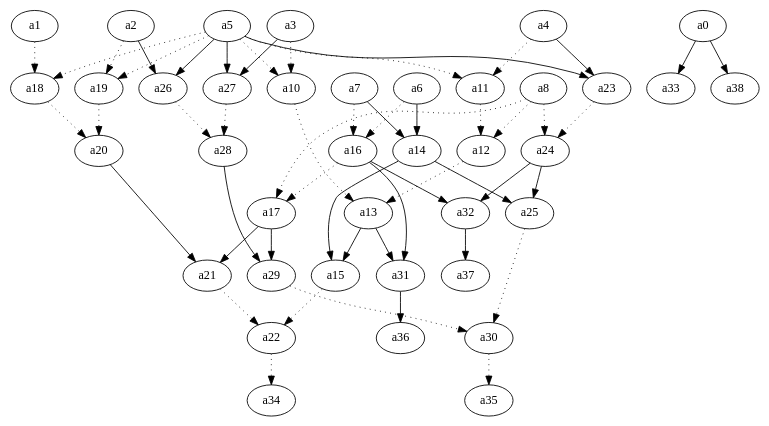
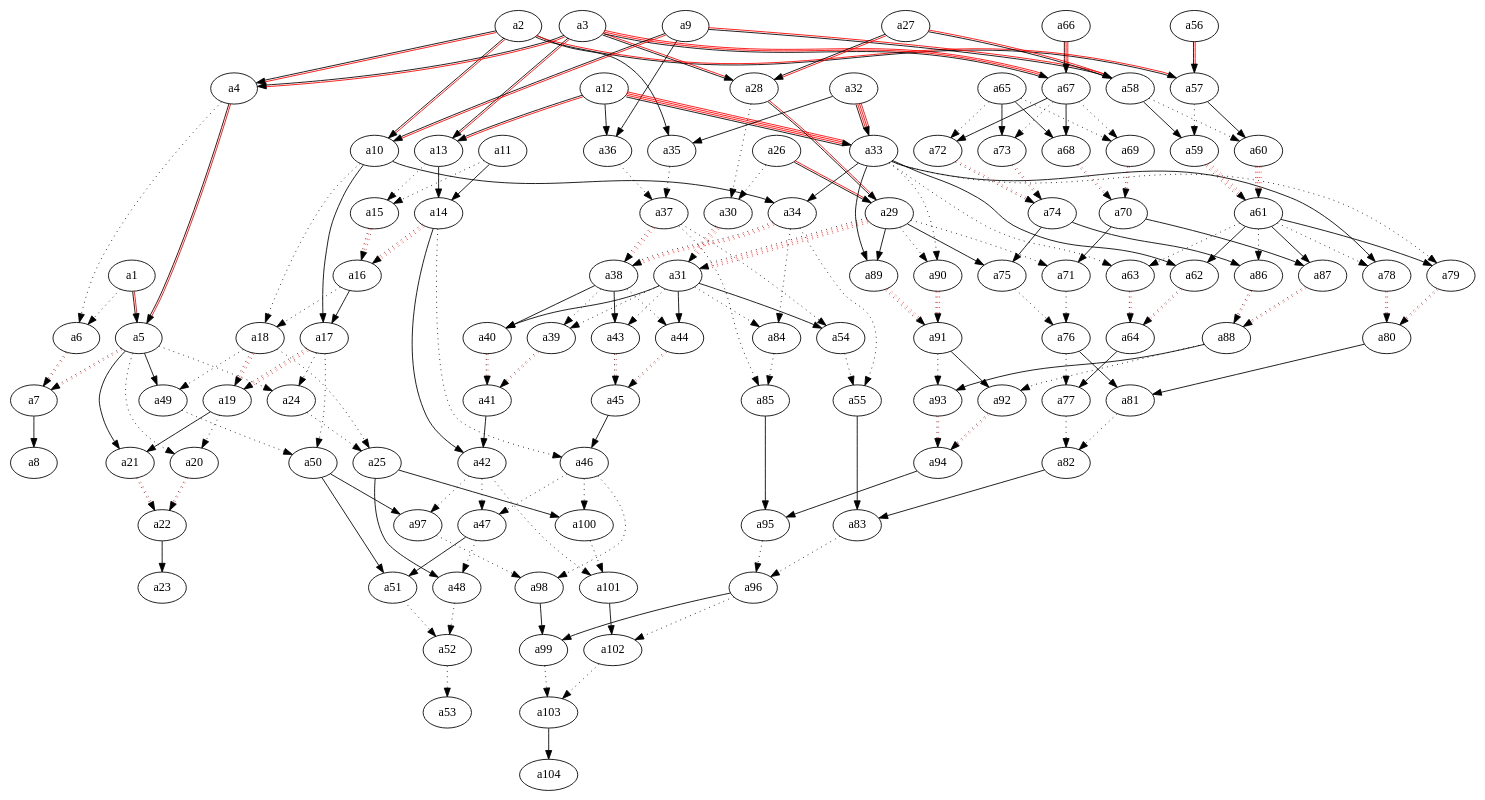
One commit to gordon0813/LSV-PA changed the diagram in test.dot. Above: the diagram before and after it, drawn with Graphviz. The commit also changed 1266 other files, not shown here.

```diff
--- a/test.dot
+++ b/test.dot
@@ -1,54 +1,182 @@
 digraph G1 {
- a3 ->  a10[ label=""  ,style=dotted,color= "black"];
- a5 ->  a10[ label=""  ,style=dotted,color= "black"];
- a4 ->  a11[ label=""  ,style=dotted,color= "black"];
- a5 ->  a11[ label=""  ,style=dotted,color= "black"];
- a8 ->  a12[ label=""  ,style=dotted,color= "black"];
- a11 ->  a12[ label=""  ,style=dotted,color= "black"];
- a10 ->  a13[ label=""  ,style=dotted,color= "black"];
- a12 ->  a13[ label=""  ,style=dotted,color= "black"];
- a6 ->  a14[ label="" ,color= "black"];
- a7 ->  a14[ label="" ,color= "black"];
- a13 ->  a15[ label="" ,color= "black"];
- a14 ->  a15[ label="" ,color= "black"];
- a6 ->  a16[ label=""  ,style=dotted,color= "black"];
- a7 ->  a16[ label=""  ,style=dotted,color= "black"];
- a8 ->  a17[ label=""  ,style=dotted,color= "black"];
- a16 ->  a17[ label=""  ,style=dotted,color= "black"];
- a1 ->  a18[ label=""  ,style=dotted,color= "black"];
- a5 ->  a18[ label=""  ,style=dotted,color= "black"];
- a2 ->  a19[ label=""  ,style=dotted,color= "black"];
- a5 ->  a19[ label=""  ,style=dotted,color= "black"];
- a18 ->  a20[ label=""  ,style=dotted,color= "black"];
+ a2 ->  a4[ label="" ,color= "black:red"];
+ a3 ->  a4[ label="" ,color= "black:red"];
+ a1 ->  a5[ label="" ,color= "black:red"];
+ a4 ->  a5[ label="" ,color= "black:red"];
+ a1 ->  a6[ label=""  ,style=dotted,color= "black"];
+ a4 ->  a6[ label=""  ,style=dotted,color= "black"];
+ a5 ->  a7[ label=""  ,style=dotted,color= "black:red"];
+ a6 ->  a7[ label=""  ,style=dotted,color= "black:red"];
+ a7 ->  a8[ label="" ,color= "black"];
+ a2 ->  a10[ label="" ,color= "black:red"];
+ a9 ->  a10[ label="" ,color= "black:red"];
+ a3 ->  a13[ label="" ,color= "black:red"];
+ a12 ->  a13[ label="" ,color= "black:red"];
+ a11 ->  a14[ label="" ,color= "black"];
+ a13 ->  a14[ label="" ,color= "black"];
+ a11 ->  a15[ label=""  ,style=dotted,color= "black"];
+ a13 ->  a15[ label=""  ,style=dotted,color= "black"];
+ a14 ->  a16[ label=""  ,style=dotted,color= "black:red:red"];
+ a15 ->  a16[ label=""  ,style=dotted,color= "black:red:red"];
+ a10 ->  a17[ label="" ,color= "black"];
+ a16 ->  a17[ label="" ,color= "black"];
+ a10 ->  a18[ label=""  ,style=dotted,color= "black"];
+ a16 ->  a18[ label=""  ,style=dotted,color= "black"];
+ a17 ->  a19[ label=""  ,style=dotted,color= "black:red:red"];
+ a18 ->  a19[ label=""  ,style=dotted,color= "black:red:red"];
+ a5 ->  a20[ label=""  ,style=dotted,color= "black"];
  a19 ->  a20[ label=""  ,style=dotted,color= "black"];
- a17 ->  a21[ label="" ,color= "black"];
- a20 ->  a21[ label="" ,color= "black"];
- a15 ->  a22[ label=""  ,style=dotted,color= "black"];
- a21 ->  a22[ label=""  ,style=dotted,color= "black"];
- a4 ->  a23[ label="" ,color= "black"];
- a5 ->  a23[ label="" ,color= "black"];
- a8 ->  a24[ label=""  ,style=dotted,color= "black"];
- a23 ->  a24[ label=""  ,style=dotted,color= "black"];
- a14 ->  a25[ label="" ,color= "black"];
- a24 ->  a25[ label="" ,color= "black"];
- a2 ->  a26[ label="" ,color= "black"];
- a5 ->  a26[ label="" ,color= "black"];
- a3 ->  a27[ label="" ,color= "black"];
- a5 ->  a27[ label="" ,color= "black"];
- a26 ->  a28[ label=""  ,style=dotted,color= "black"];
- a27 ->  a28[ label=""  ,style=dotted,color= "black"];
- a17 ->  a29[ label="" ,color= "black"];
- a28 ->  a29[ label="" ,color= "black"];
- a25 ->  a30[ label=""  ,style=dotted,color= "black"];
- a29 ->  a30[ label=""  ,style=dotted,color= "black"];
- a13 ->  a31[ label="" ,color= "black"];
- a16 ->  a31[ label="" ,color= "black"];
- a16 ->  a32[ label="" ,color= "black"];
- a24 ->  a32[ label="" ,color= "black"];
- a0 ->  a33[ label="" ,color= "black"];
- a22 ->  a34[ label=""  ,style=dotted,color= "black"];
- a30 ->  a35[ label=""  ,style=dotted,color= "black"];
- a31 ->  a36[ label="" ,color= "black"];
- a32 ->  a37[ label="" ,color= "black"];
- a0 ->  a38[ label="" ,color= "black"];
+ a5 ->  a21[ label="" ,color= "black"];
+ a19 ->  a21[ label="" ,color= "black"];
+ a20 ->  a22[ label=""  ,style=dotted,color= "black:red"];
+ a21 ->  a22[ label=""  ,style=dotted,color= "black:red"];
+ a22 ->  a23[ label="" ,color= "black"];
+ a5 ->  a24[ label=""  ,style=dotted,color= "black"];
+ a17 ->  a24[ label=""  ,style=dotted,color= "black"];
+ a18 ->  a25[ label=""  ,style=dotted,color= "black"];
+ a24 ->  a25[ label=""  ,style=dotted,color= "black"];
+ a3 ->  a28[ label="" ,color= "black:red"];
+ a27 ->  a28[ label="" ,color= "black:red"];
+ a26 ->  a29[ label="" ,color= "black:red"];
+ a28 ->  a29[ label="" ,color= "black:red"];
+ a26 ->  a30[ label=""  ,style=dotted,color= "black"];
+ a28 ->  a30[ label=""  ,style=dotted,color= "black"];
+ a29 ->  a31[ label=""  ,style=dotted,color= "black:red:red:red"];
+ a30 ->  a31[ label=""  ,style=dotted,color= "black:red:red:red"];
+ a12 ->  a33[ label="" ,color= "black:red:red:red"];
+ a32 ->  a33[ label="" ,color= "black:red:red:red"];
+ a10 ->  a34[ label="" ,color= "black"];
+ a33 ->  a34[ label="" ,color= "black"];
+ a2 ->  a35[ label="" ,color= "black"];
+ a32 ->  a35[ label="" ,color= "black"];
+ a9 ->  a36[ label="" ,color= "black"];
+ a12 ->  a36[ label="" ,color= "black"];
+ a35 ->  a37[ label=""  ,style=dotted,color= "black"];
+ a36 ->  a37[ label=""  ,style=dotted,color= "black"];
+ a34 ->  a38[ label=""  ,style=dotted,color= "black:red:red"];
+ a37 ->  a38[ label=""  ,style=dotted,color= "black:red:red"];
+ a31 ->  a39[ label=""  ,style=dotted,color= "black"];
+ a38 ->  a39[ label=""  ,style=dotted,color= "black"];
+ a31 ->  a40[ label="" ,color= "black"];
+ a38 ->  a40[ label="" ,color= "black"];
+ a39 ->  a41[ label=""  ,style=dotted,color= "black:red"];
+ a40 ->  a41[ label=""  ,style=dotted,color= "black:red"];
+ a14 ->  a42[ label="" ,color= "black"];
+ a41 ->  a42[ label="" ,color= "black"];
+ a31 ->  a43[ label=""  ,style=dotted,color= "black"];
+ a38 ->  a43[ label="" ,color= "black"];
+ a31 ->  a44[ label="" ,color= "black"];
+ a38 ->  a44[ label=""  ,style=dotted,color= "black"];
+ a43 ->  a45[ label=""  ,style=dotted,color= "black:red"];
+ a44 ->  a45[ label=""  ,style=dotted,color= "black:red"];
+ a14 ->  a46[ label=""  ,style=dotted,color= "black"];
+ a45 ->  a46[ label="" ,color= "black"];
+ a42 ->  a47[ label=""  ,style=dotted,color= "black"];
+ a46 ->  a47[ label=""  ,style=dotted,color= "black"];
+ a25 ->  a48[ label="" ,color= "black"];
+ a47 ->  a48[ label=""  ,style=dotted,color= "black"];
+ a5 ->  a49[ label="" ,color= "black"];
+ a18 ->  a49[ label=""  ,style=dotted,color= "black"];
+ a17 ->  a50[ label=""  ,style=dotted,color= "black"];
+ a49 ->  a50[ label=""  ,style=dotted,color= "black"];
+ a47 ->  a51[ label="" ,color= "black"];
+ a50 ->  a51[ label="" ,color= "black"];
+ a48 ->  a52[ label=""  ,style=dotted,color= "black"];
+ a51 ->  a52[ label=""  ,style=dotted,color= "black"];
+ a52 ->  a53[ label=""  ,style=dotted,color= "black"];
+ a31 ->  a54[ label="" ,color= "black"];
+ a37 ->  a54[ label=""  ,style=dotted,color= "black"];
+ a34 ->  a55[ label=""  ,style=dotted,color= "black"];
+ a54 ->  a55[ label=""  ,style=dotted,color= "black"];
+ a2 ->  a57[ label="" ,color= "black:red"];
+ a56 ->  a57[ label="" ,color= "black:red"];
+ a9 ->  a58[ label="" ,color= "black:red"];
+ a27 ->  a58[ label="" ,color= "black:red"];
+ a57 ->  a59[ label=""  ,style=dotted,color= "black"];
+ a58 ->  a59[ label="" ,color= "black"];
+ a57 ->  a60[ label="" ,color= "black"];
+ a58 ->  a60[ label=""  ,style=dotted,color= "black"];
+ a59 ->  a61[ label=""  ,style=dotted,color= "black:red:red:red"];
+ a60 ->  a61[ label=""  ,style=dotted,color= "black:red:red:red"];
+ a33 ->  a62[ label="" ,color= "black"];
+ a61 ->  a62[ label="" ,color= "black"];
+ a33 ->  a63[ label=""  ,style=dotted,color= "black"];
+ a61 ->  a63[ label=""  ,style=dotted,color= "black"];
+ a62 ->  a64[ label=""  ,style=dotted,color= "black:red"];
+ a63 ->  a64[ label=""  ,style=dotted,color= "black:red"];
+ a3 ->  a67[ label="" ,color= "black:red:red"];
+ a66 ->  a67[ label="" ,color= "black:red:red"];
+ a65 ->  a68[ label="" ,color= "black"];
+ a67 ->  a68[ label="" ,color= "black"];
+ a65 ->  a69[ label=""  ,style=dotted,color= "black"];
+ a67 ->  a69[ label=""  ,style=dotted,color= "black"];
+ a68 ->  a70[ label=""  ,style=dotted,color= "black:red"];
+ a69 ->  a70[ label=""  ,style=dotted,color= "black:red"];
+ a29 ->  a71[ label=""  ,style=dotted,color= "black"];
+ a70 ->  a71[ label="" ,color= "black"];
+ a65 ->  a72[ label=""  ,style=dotted,color= "black"];
+ a67 ->  a72[ label="" ,color= "black"];
+ a65 ->  a73[ label="" ,color= "black"];
+ a67 ->  a73[ label=""  ,style=dotted,color= "black"];
+ a72 ->  a74[ label=""  ,style=dotted,color= "black:red"];
+ a73 ->  a74[ label=""  ,style=dotted,color= "black:red"];
+ a29 ->  a75[ label="" ,color= "black"];
+ a74 ->  a75[ label="" ,color= "black"];
+ a71 ->  a76[ label=""  ,style=dotted,color= "black"];
+ a75 ->  a76[ label=""  ,style=dotted,color= "black"];
+ a64 ->  a77[ label="" ,color= "black"];
+ a76 ->  a77[ label=""  ,style=dotted,color= "black"];
+ a33 ->  a78[ label="" ,color= "black"];
+ a61 ->  a78[ label=""  ,style=dotted,color= "black"];
+ a33 ->  a79[ label=""  ,style=dotted,color= "black"];
+ a61 ->  a79[ label="" ,color= "black"];
+ a78 ->  a80[ label=""  ,style=dotted,color= "black:red"];
+ a79 ->  a80[ label=""  ,style=dotted,color= "black:red"];
+ a76 ->  a81[ label="" ,color= "black"];
+ a80 ->  a81[ label="" ,color= "black"];
+ a77 ->  a82[ label=""  ,style=dotted,color= "black"];
+ a81 ->  a82[ label=""  ,style=dotted,color= "black"];
+ a55 ->  a83[ label="" ,color= "black"];
+ a82 ->  a83[ label="" ,color= "black"];
+ a31 ->  a84[ label=""  ,style=dotted,color= "black"];
+ a34 ->  a84[ label=""  ,style=dotted,color= "black"];
+ a37 ->  a85[ label=""  ,style=dotted,color= "black"];
+ a84 ->  a85[ label=""  ,style=dotted,color= "black"];
+ a61 ->  a86[ label=""  ,style=dotted,color= "black"];
+ a74 ->  a86[ label="" ,color= "black"];
+ a61 ->  a87[ label="" ,color= "black"];
+ a70 ->  a87[ label="" ,color= "black"];
+ a86 ->  a88[ label=""  ,style=dotted,color= "black:red"];
+ a87 ->  a88[ label=""  ,style=dotted,color= "black:red"];
+ a29 ->  a89[ label="" ,color= "black"];
+ a33 ->  a89[ label="" ,color= "black"];
+ a29 ->  a90[ label=""  ,style=dotted,color= "black"];
+ a33 ->  a90[ label=""  ,style=dotted,color= "black"];
+ a89 ->  a91[ label=""  ,style=dotted,color= "black:red:red"];
+ a90 ->  a91[ label=""  ,style=dotted,color= "black:red:red"];
+ a88 ->  a92[ label=""  ,style=dotted,color= "black"];
+ a91 ->  a92[ label="" ,color= "black"];
+ a88 ->  a93[ label="" ,color= "black"];
+ a91 ->  a93[ label=""  ,style=dotted,color= "black"];
+ a92 ->  a94[ label=""  ,style=dotted,color= "black:red"];
+ a93 ->  a94[ label=""  ,style=dotted,color= "black:red"];
+ a85 ->  a95[ label="" ,color= "black"];
+ a94 ->  a95[ label="" ,color= "black"];
+ a83 ->  a96[ label=""  ,style=dotted,color= "black"];
+ a95 ->  a96[ label=""  ,style=dotted,color= "black"];
+ a42 ->  a97[ label=""  ,style=dotted,color= "black"];
+ a50 ->  a97[ label="" ,color= "black"];
+ a46 ->  a98[ label=""  ,style=dotted,color= "black"];
+ a97 ->  a98[ label=""  ,style=dotted,color= "black"];
+ a96 ->  a99[ label="" ,color= "black"];
+ a98 ->  a99[ label="" ,color= "black"];
+ a25 ->  a100[ label="" ,color= "black"];
+ a46 ->  a100[ label=""  ,style=dotted,color= "black"];
+ a42 ->  a101[ label=""  ,style=dotted,color= "black"];
+ a100 ->  a101[ label=""  ,style=dotted,color= "black"];
+ a96 ->  a102[ label=""  ,style=dotted,color= "black"];
+ a101 ->  a102[ label="" ,color= "black"];
+ a99 ->  a103[ label=""  ,style=dotted,color= "black"];
+ a102 ->  a103[ label=""  ,style=dotted,color= "black"];
+ a103 ->  a104[ label="" ,color= "black"];
 }
```
